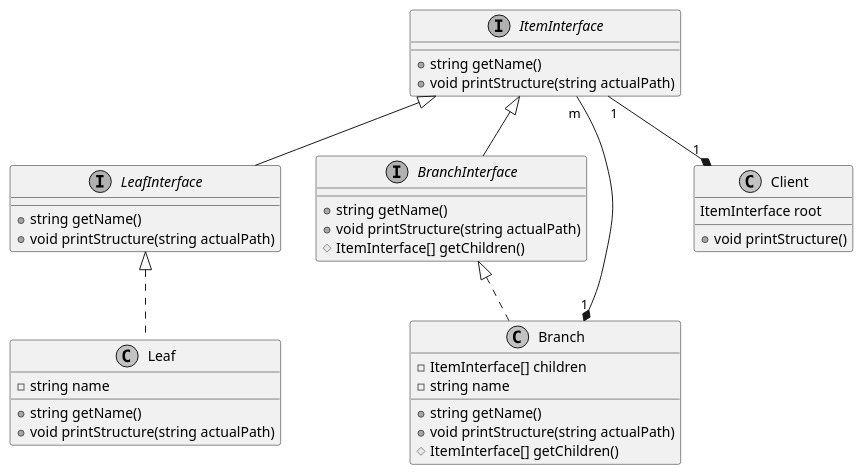
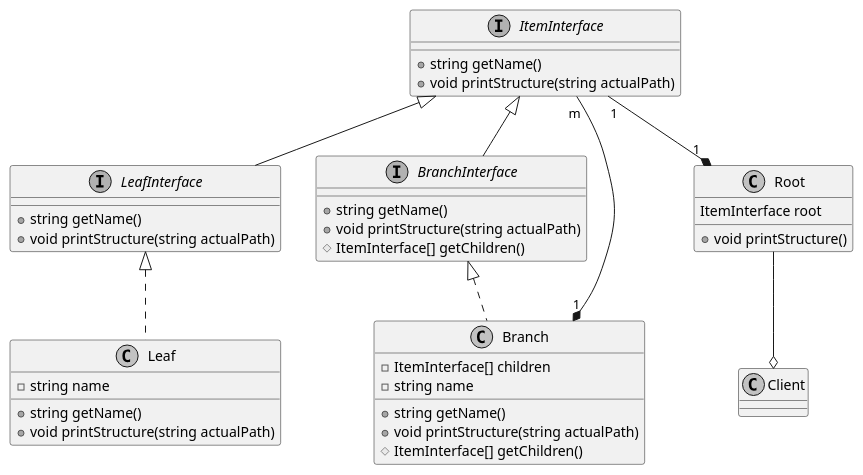
Before and after one commit to mbadal/design-patterns-workshop: the diagram in docs/uml/composite.puml, drawn with PlantUML.

Commit message:
Updated composite model

```diff
--- a/docs/uml/composite.puml
+++ b/docs/uml/composite.puml
@@ -1,49 +1,53 @@
 @startuml
 
 skinparam monochrome true
 
 interface ItemInterface {
     +string getName()
     +void printStructure(string actualPath)
 }
 
 interface LeafInterface {
     +string getName()
     +void printStructure(string actualPath)
 }
 
 interface BranchInterface {
     +string getName()
     +void printStructure(string actualPath)
     #ItemInterface[] getChildren()
 }
 
 class Leaf {
     -string name
     +string getName()
     +void printStructure(string actualPath)
 }
 
 class Branch {
     -ItemInterface[] children
     -string name
     +string getName()
     +void printStructure(string actualPath)
     #ItemInterface[] getChildren()
 
 }
 
-class Client {
+class Root {
     ItemInterface root
     +void printStructure()
+}
+
+class Client {
 }
 
 ItemInterface <|-- LeafInterface
 ItemInterface <|-- BranchInterface
 LeafInterface <|.. Leaf
 BranchInterface <|.. Branch
 ItemInterface "m" --* "1" Branch
-ItemInterface "1" --* "1" Client
+ItemInterface "1" --* "1" Root
+Root --o Client
 
 
 @enduml
```
